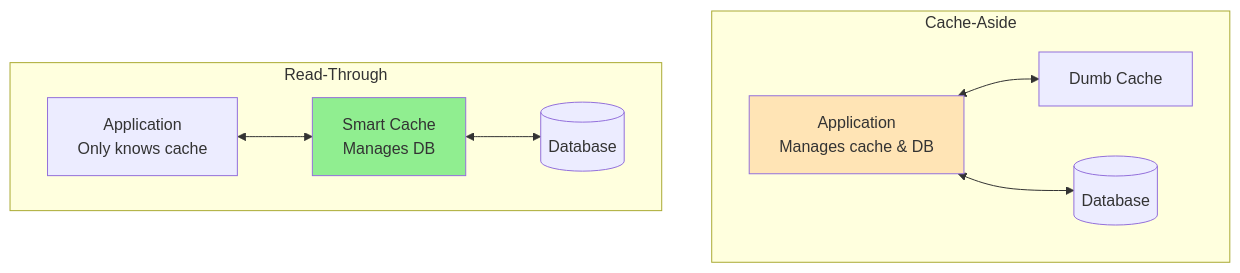
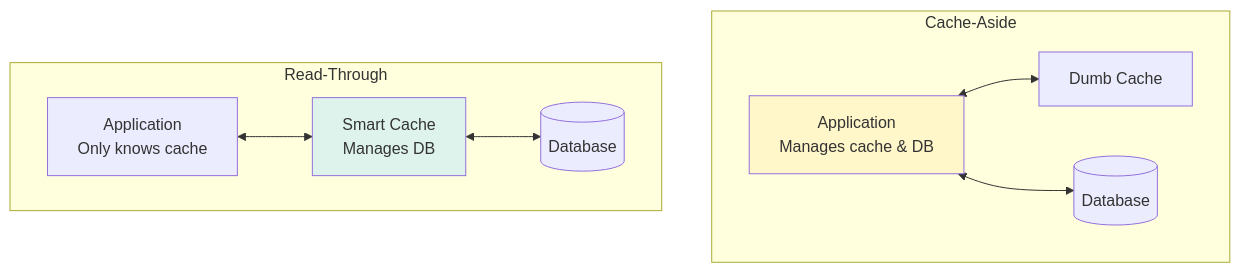
Before and after one commit to cartmancodes/InterviewVault: diagram 21 of 47 in LLD/CoreConcepts/Caching.md, drawn with Mermaid. The commit also changed other lines of this file and 679 other files, not shown here.

Commit message:
Unify content diagrams and add accessible visual walkthroughs

````diff
--- a/LLD/CoreConcepts/Caching.md
+++ b/LLD/CoreConcepts/Caching.md
@@ -636,23 +636,23 @@
 ```mermaid
 graph TB
     subgraph "Cache-Aside"
         CA_APP[Application<br/>Manages cache & DB]
         CA_CACHE[Dumb Cache]
         CA_DB[(Database)]
         
         CA_APP <--> CA_CACHE
         CA_APP <--> CA_DB
     end
     
     subgraph "Read-Through"
         RT_APP[Application<br/>Only knows cache]
         RT_CACHE[Smart Cache<br/>Manages DB]
         RT_DB[(Database)]
         
         RT_APP <--> RT_CACHE
         RT_CACHE <--> RT_DB
     end
     
-    style CA_APP fill:#FFE4B5
-    style RT_CACHE fill:#90EE90
+    style CA_APP fill:#FFF6C9
+    style RT_CACHE fill:#DDF3EC
 ```
````
